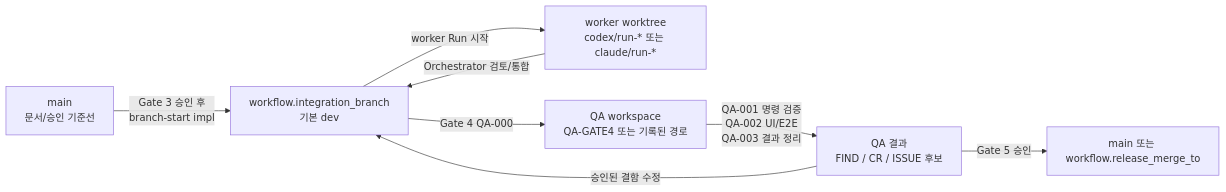
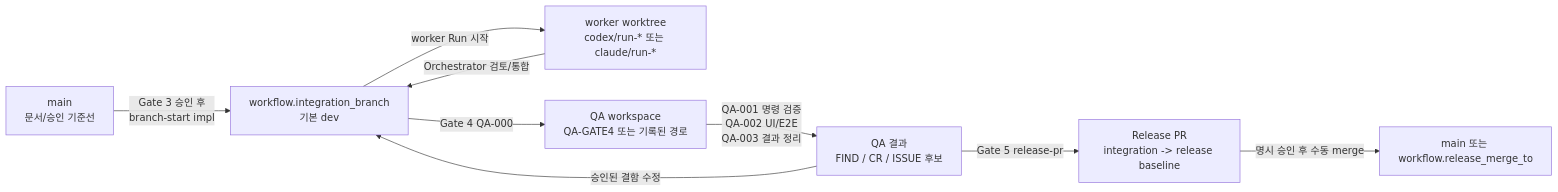
One commit to zeni-on/vulcan-anvil-ex changed the second of 2 diagrams in docs/CONCEPTS.md. Above: the diagram before and after it, drawn with Mermaid. The commit also changed other lines of this file and 8 other files, not shown here.

First line of the commit message:
feat: add release PR flow and trace graph roadmap

````diff
--- a/docs/CONCEPTS.md
+++ b/docs/CONCEPTS.md
@@ -70,10 +70,11 @@
 ```mermaid
 flowchart LR
   Main["main<br/>문서/승인 기준선"] -->|"Gate 3 승인 후<br/>branch-start impl"| Integration["workflow.integration_branch<br/>기본 dev"]
   Integration -->|"worker Run 시작"| Worker["worker worktree<br/>codex/run-* 또는 claude/run-*"]
   Worker -->|"Orchestrator 검토/통합"| Integration
   Integration -->|"Gate 4 QA-000"| QA["QA workspace<br/>QA-GATE4 또는 기록된 경로"]
   QA -->|"QA-001 명령 검증<br/>QA-002 UI/E2E<br/>QA-003 결과 정리"| QAResult["QA 결과<br/>FIND / CR / ISSUE 후보"]
   QAResult -->|"승인된 결함 수정"| Integration
-  QAResult -->|"Gate 5 승인"| Release["main 또는 workflow.release_merge_to"]
+  QAResult -->|"Gate 5 release-pr"| PR["Release PR<br/>integration -> release baseline"]
+  PR -->|"명시 승인 후 수동 merge"| Release["main 또는 workflow.release_merge_to"]
 ```
````
